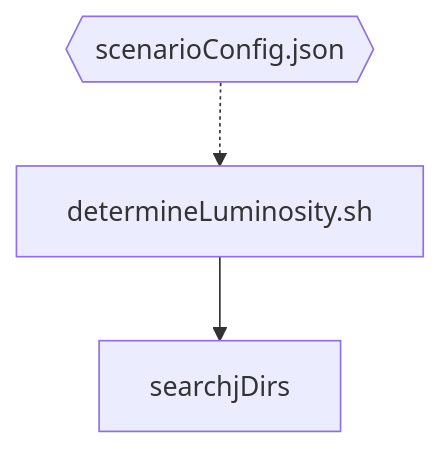
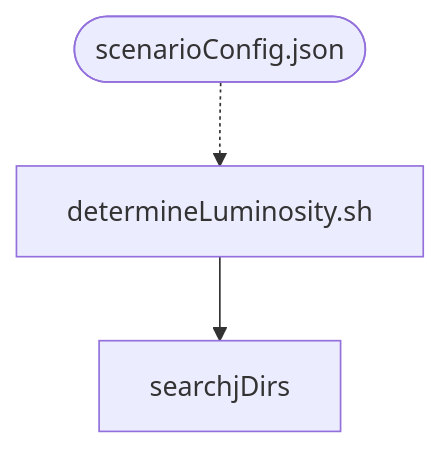
One commit to panda-luminosity-detector-group/LuminosityFit changed the fourth of 4 diagrams in README.md. Above: the diagram before and after it, drawn with Mermaid. The commit also changed other lines of this file, not shown here.

````diff
--- a/README.md
+++ b/README.md
@@ -138,5 +168,5 @@
 ```mermaid
 flowchart TD
 determineLuminosity.sh --> searchjDirs
-id1{{scenarioConfig.json}} -.-> determineLuminosity.sh
+id1([scenarioConfig.json]) -.-> determineLuminosity.sh
 ```
````
